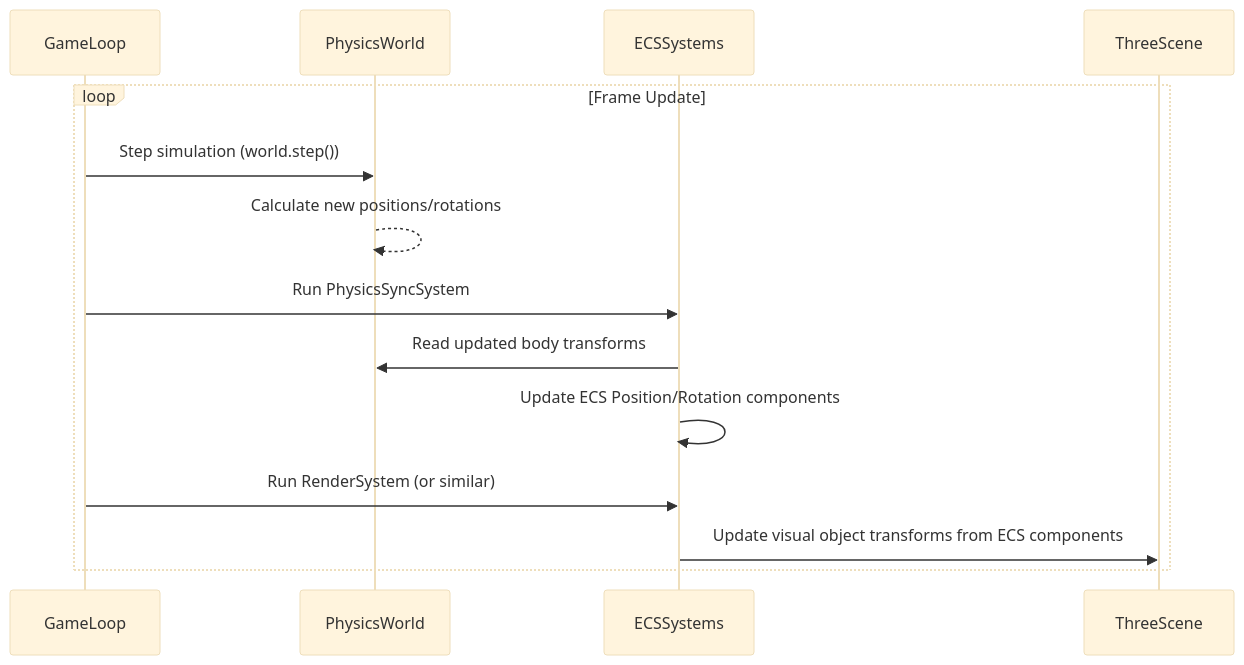
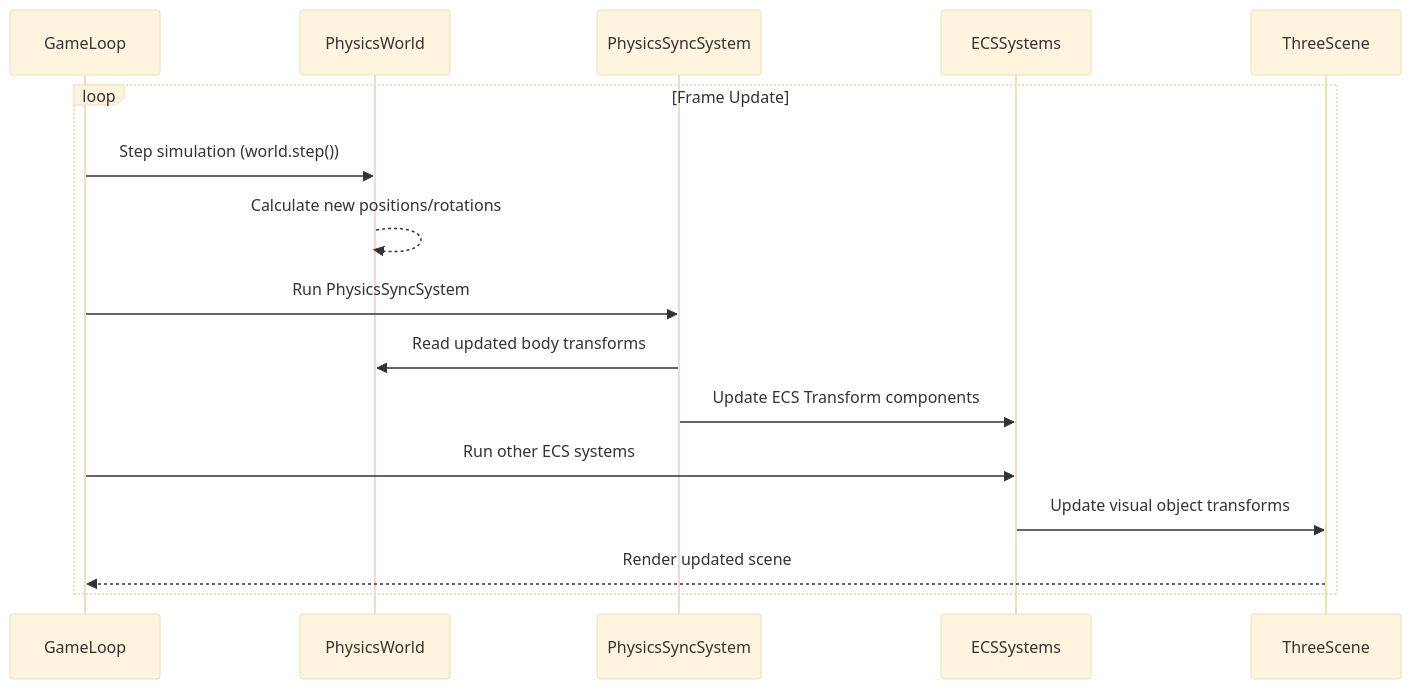
Before and after one commit to jonit-dev/vibe-coder-3d: the diagram in docs/architecture/2-10-physics-system.md, drawn with Mermaid (base theme). The commit also changed other lines of this file and 7 other files, not shown here.

````diff
--- a/docs/architecture/2-10-physics-system.md
+++ b/docs/architecture/2-10-physics-system.md
@@ -38,17 +163,19 @@
 ```mermaid
 sequenceDiagram
     participant GameLoop
     participant PhysicsWorld
+    participant PhysicsSyncSystem
     participant ECSSystems
     participant ThreeScene
 
     loop Frame Update
         GameLoop->>PhysicsWorld: Step simulation (world.step())
         PhysicsWorld-->>PhysicsWorld: Calculate new positions/rotations
-        GameLoop->>ECSSystems: Run PhysicsSyncSystem
-        ECSSystems->>PhysicsWorld: Read updated body transforms
-        ECSSystems->>ECSSystems: Update ECS Position/Rotation components
-        GameLoop->>ECSSystems: Run RenderSystem (or similar)
-        ECSSystems->>ThreeScene: Update visual object transforms from ECS components
+        GameLoop->>PhysicsSyncSystem: Run PhysicsSyncSystem
+        PhysicsSyncSystem->>PhysicsWorld: Read updated body transforms
+        PhysicsSyncSystem->>ECSSystems: Update ECS Transform components
+        GameLoop->>ECSSystems: Run other ECS systems
+        ECSSystems->>ThreeScene: Update visual object transforms
+        ThreeScene-->>GameLoop: Render updated scene
     end
 ```
````
